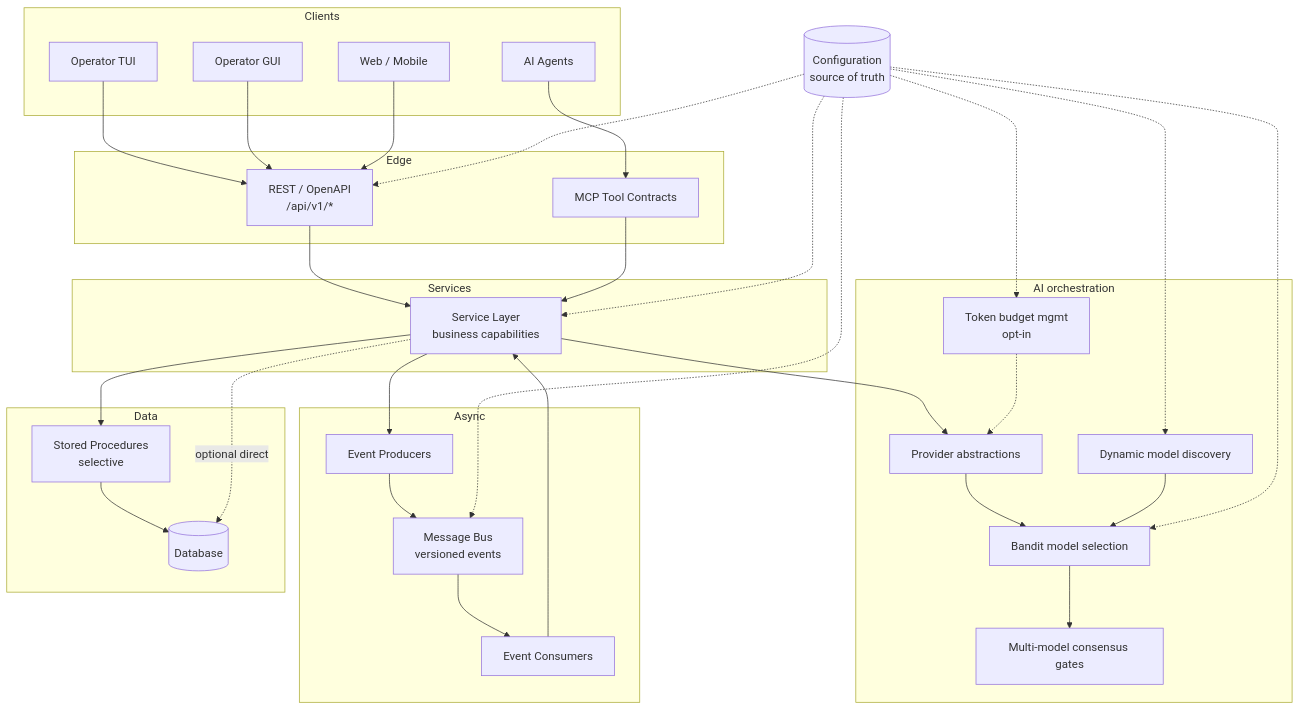
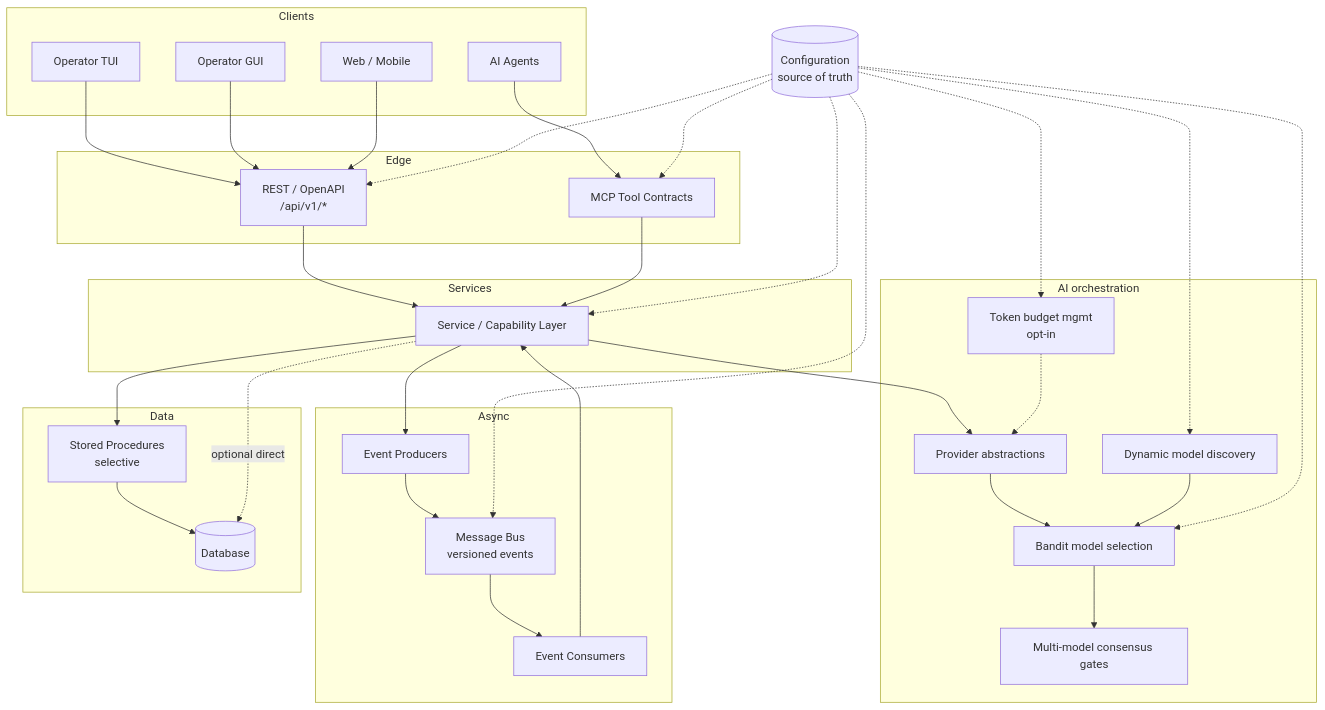
One commit to FlossWare/engineering-standards changed the diagram in docs/architecture/reference-architecture.md. Above: the diagram before and after it, drawn with Mermaid. The commit also changed other lines of this file and 8 other files, not shown here.

````diff
--- a/docs/architecture/reference-architecture.md
+++ b/docs/architecture/reference-architecture.md
@@ -7,69 +7,70 @@
 ```mermaid
 flowchart TB
   subgraph Clients
     UI_TUI[Operator TUI]
     UI_GUI[Operator GUI]
     UI_WEB[Web / Mobile]
     AGENTS[AI Agents]
   end
 
   subgraph Edge
     REST["REST / OpenAPI\n/api/v1/*"]
     MCP[MCP Tool Contracts]
   end
 
   subgraph Services
-    SVC[Service Layer\nbusiness capabilities]
+    SVC[Service / Capability Layer]
   end
 
   subgraph AI_Orchestration["AI orchestration"]
     DISC[Dynamic model discovery]
     BANDIT[Bandit model selection]
     CONSENSUS[Multi-model consensus gates]
     TOKENS[Token budget mgmt\nopt-in]
     PROV[Provider abstractions]
   end
 
   subgraph Async
     BUS[Message Bus\nversioned events]
     PROD[Event Producers]
     CONS[Event Consumers]
   end
 
   subgraph Data
     SP[Stored Procedures\nselective]
     DB[(Database)]
   end
 
   CFG[(Configuration\nsource of truth)]
 
   UI_TUI --> REST
   UI_GUI --> REST
   UI_WEB --> REST
   AGENTS --> MCP
 
   REST --> SVC
   MCP --> SVC
 
   SVC --> PROV
   PROV --> BANDIT
   DISC --> BANDIT
   BANDIT --> CONSENSUS
   TOKENS -.-> PROV
 
   SVC --> SP
   SP --> DB
   SVC -.->|optional direct| DB
 
   SVC --> PROD
   PROD --> BUS
   BUS --> CONS
   CONS --> SVC
 
   CFG -.-> SVC
   CFG -.-> REST
+  CFG -.-> MCP
   CFG -.-> BUS
   CFG -.-> DISC
   CFG -.-> BANDIT
   CFG -.-> TOKENS
 ```
````
